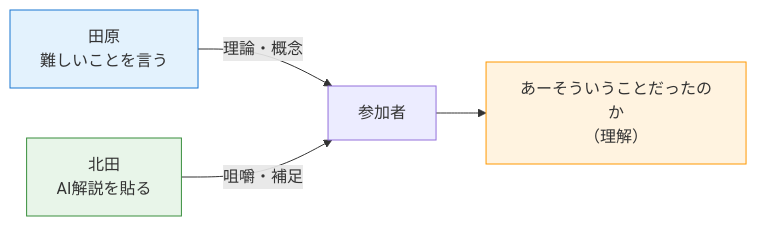
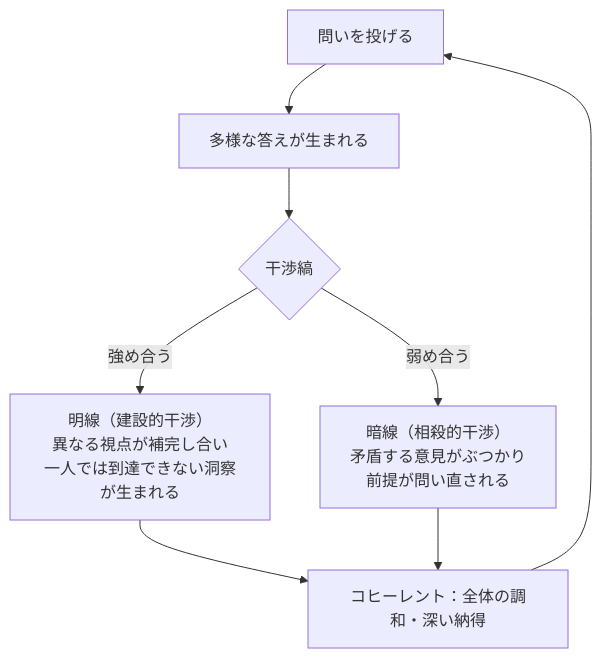
The third of 8 diagrams in 第2回_かえつ有明AI研修.md (VOMOYA/kaetsu-ai-kenshu), drawn with Mermaid before and after one commit. The commit also changed other lines of this file, not shown here.

````diff
--- a/第2回_かえつ有明AI研修.md
+++ b/第2回_かえつ有明AI研修.md
@@ -33,10 +87,10 @@
 ```mermaid
-graph LR
-    A["田原<br/>難しいことを言う"] -->|"理論・概念"| B["参加者"]
-    C["北田<br/>AI解説を貼る"] -->|"咀嚼・補足"| B
-    B --> D["あーそういうことだったのか<br/>（理解）"]
-
-    style A fill:#e3f2fd,stroke:#1976d2
-    style C fill:#e8f5e9,stroke:#388e3c
-    style D fill:#fff3e0,stroke:#ff9800
+graph TD
+    A[問いを投げる] --> B[多様な答えが生まれる]
+    B --> C{干渉縞}
+    C -->|強め合う| D["明線（建設的干渉）<br/>異なる視点が補完し合い<br/>一人では到達できない洞察が生まれる"]
+    C -->|弱め合う| E["暗線（相殺的干渉）<br/>矛盾する意見がぶつかり<br/>前提が問い直される"]
+    D --> H[コヒーレント：全体の調和・深い納得]
+    E --> H
+    H --> A
 ```
````
